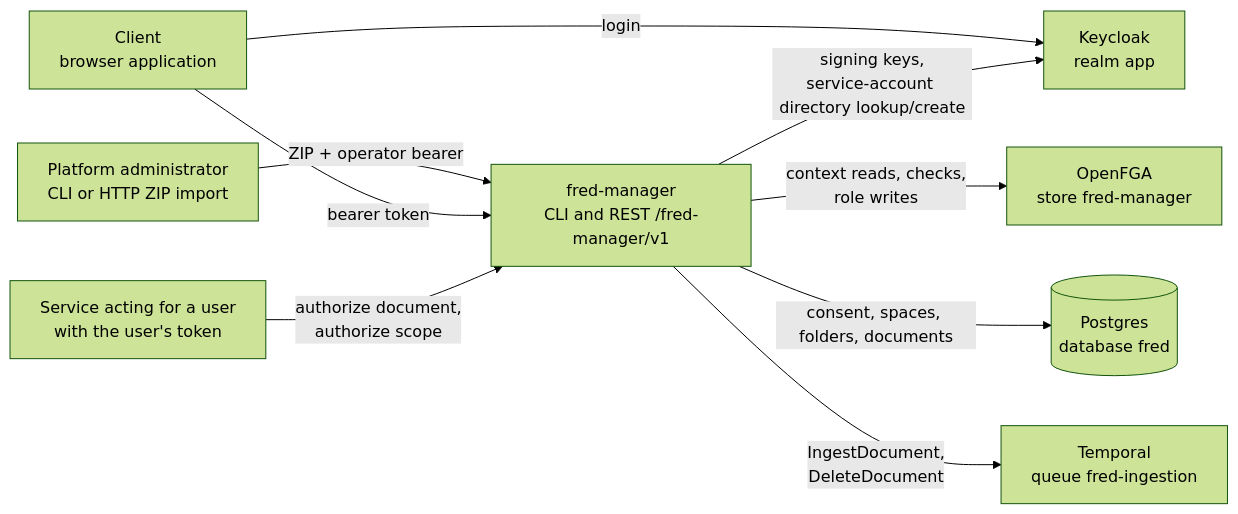
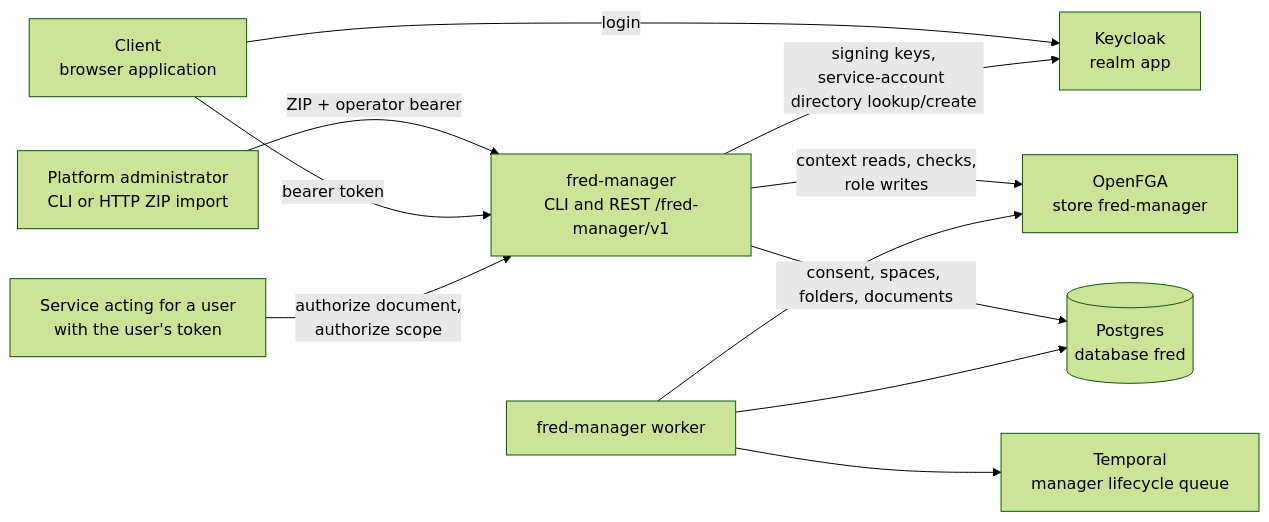
One commit to ThalesGroup/fred changed the first of 9 diagrams in docs/architecture/A1-manager-runtime.md. Above: the diagram before and after it, drawn with Mermaid (forest theme). The commit also changed other lines of this file and 38 other files, not shown here.

Commit message:
fix(#3092): retire provisional manager document mutations

````diff
--- a/docs/architecture/A1-manager-runtime.md
+++ b/docs/architecture/A1-manager-runtime.md
@@ -10,20 +10,22 @@
 ```mermaid
 flowchart LR
     client["Client<br/>browser application"]
     operator["Platform administrator<br/>CLI or HTTP ZIP import"]
     caller["Service acting for a user<br/>with the user's token"]
     manager["fred-manager<br/>CLI and REST /fred-manager/v1"]
     keycloak["Keycloak<br/>realm app"]
     openfga["OpenFGA<br/>store fred-manager"]
     postgres[("Postgres<br/>database fred")]
-    temporal["Temporal<br/>queue fred-ingestion"]
+    temporal["Temporal<br/>manager lifecycle queue"]
+    worker["fred-manager worker"]
 
     operator -- "ZIP + operator bearer" --> manager
     client -- "bearer token" --> manager
     caller -- "authorize document,<br/>authorize scope" --> manager
     client -- "login" --> keycloak
     manager -- "signing keys,<br/>service-account directory lookup/create" --> keycloak
     manager -- "context reads, checks,<br/>role writes" --> openfga
     manager -- "consent, spaces, folders, documents" --> postgres
-    manager -- "IngestDocument,<br/>DeleteDocument" --> temporal
+    worker --> temporal
+    worker --> postgres & openfga
 ```
````
